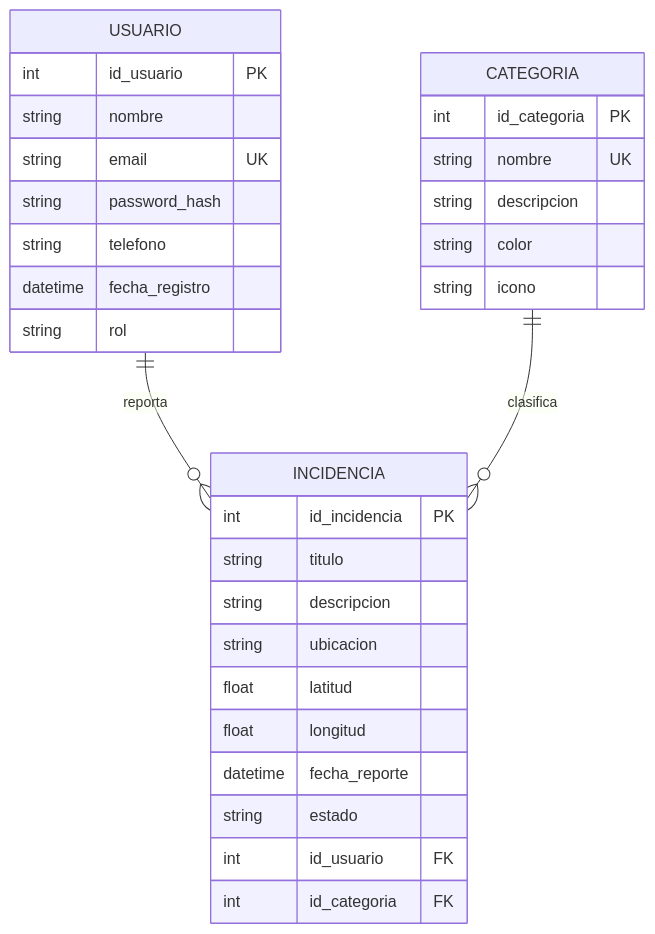
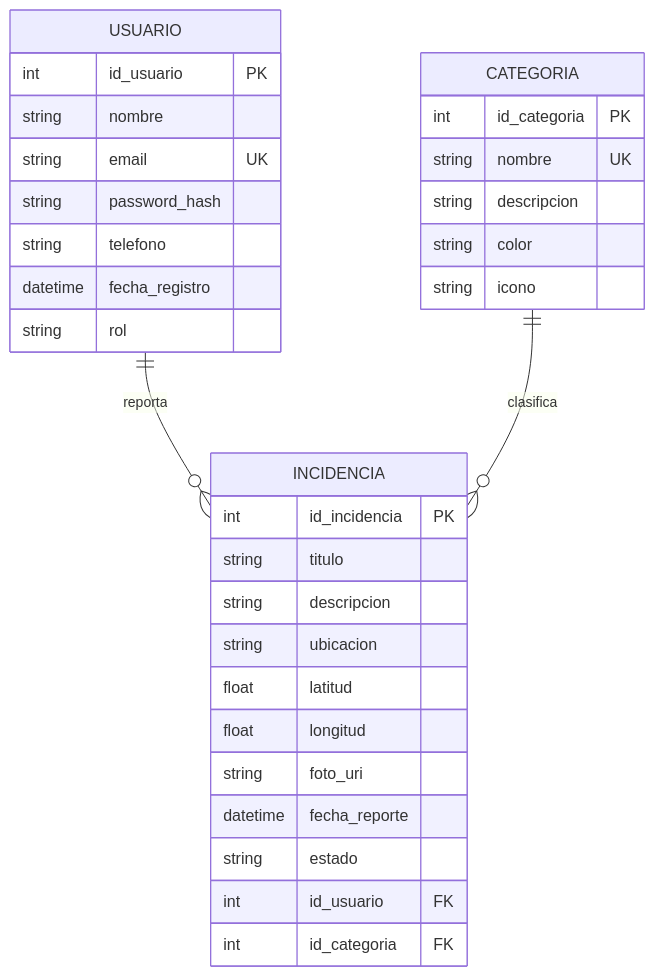
One commit to Yamilipn/HelloCityReport changed the diagram in docs/diagrama_er_cityreport.md. Above: the diagram before and after it, drawn with Mermaid. The commit also changed other lines of this file, not shown here.

Commit message:
docs: actualiza diagrama ER con campo foto_uri segun modelo Incidencia

````diff
--- a/docs/diagrama_er_cityreport.md
+++ b/docs/diagrama_er_cityreport.md
@@ -23,36 +23,37 @@
 ```mermaid
 erDiagram
     USUARIO ||--o{ INCIDENCIA : "reporta"
     CATEGORIA ||--o{ INCIDENCIA : "clasifica"
 
     USUARIO {
         int id_usuario PK
         string nombre
         string email UK
         string password_hash
         string telefono
         datetime fecha_registro
         string rol
     }
 
     CATEGORIA {
         int id_categoria PK
         string nombre UK
         string descripcion
         string color
         string icono
     }
 
     INCIDENCIA {
         int id_incidencia PK
         string titulo
         string descripcion
         string ubicacion
         float latitud
         float longitud
+        string foto_uri
         datetime fecha_reporte
         string estado
         int id_usuario FK
         int id_categoria FK
     }
 ```
````
